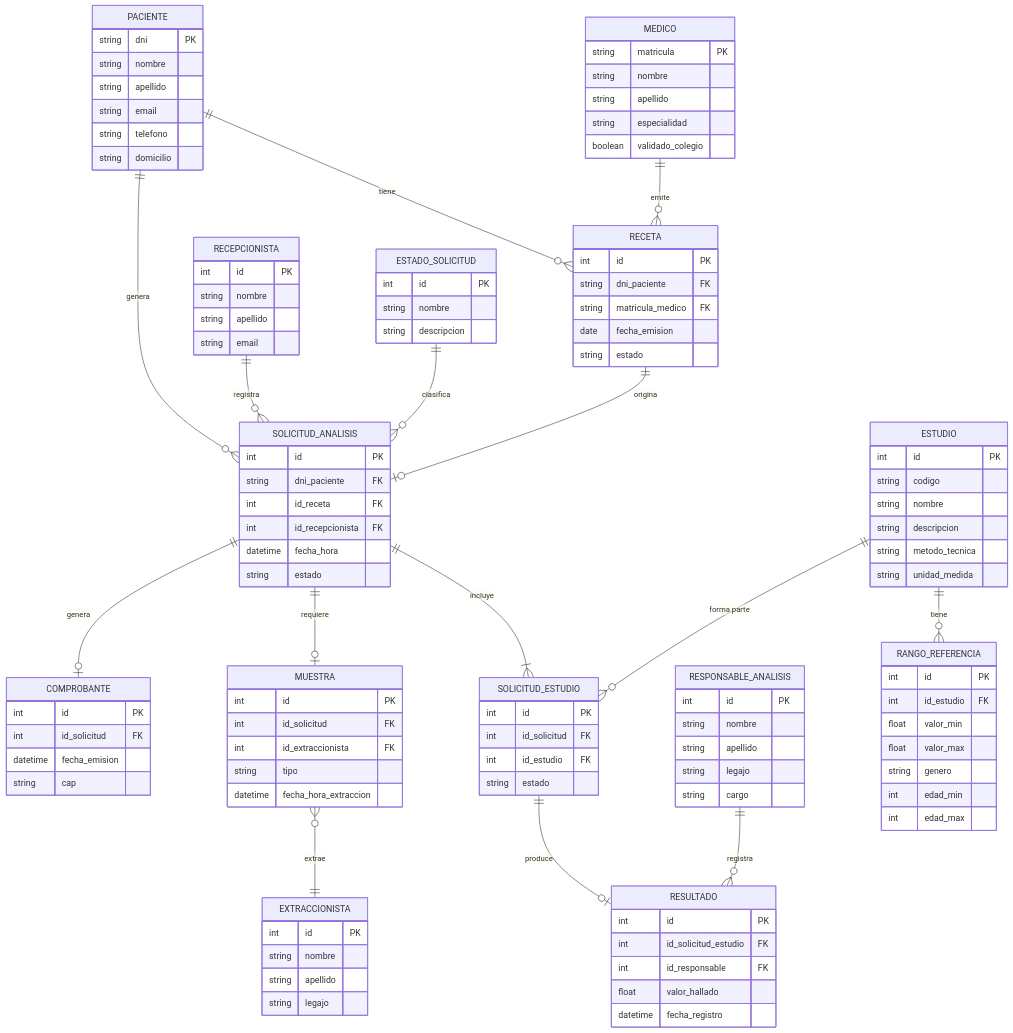
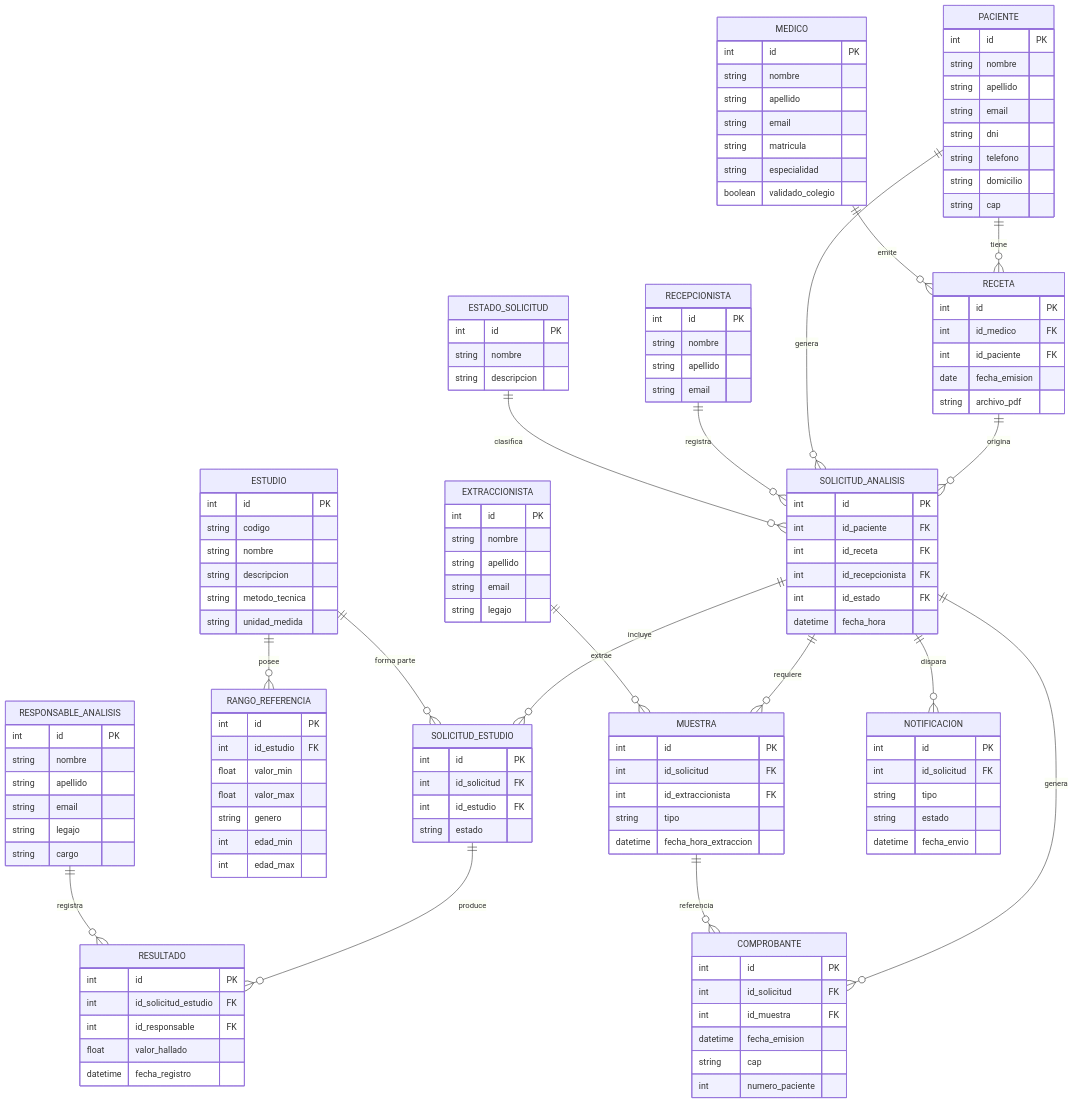
Before and after one commit to Villada-PG3/trabajo-practico-integrador-laboratorio_analisis_bioquimico: the diagram in docs/diagramaER.mmd, drawn with Mermaid. The commit also changed other lines of this file and 3 other files, not shown here.

Commit message:
feat: Creacion del models.py en relacion al diagramado er y de clases

```diff
--- a/docs/diagramaER.mmd
+++ b/docs/diagramaER.mmd
@@ -1,113 +1,130 @@
 erDiagram
     PACIENTE {
-        string dni PK
+        int id PK
         string nombre
         string apellido
         string email
+        string dni
         string telefono
         string domicilio
-    }
-    RECETA {
-        int id PK
-        string dni_paciente FK
-        string matricula_medico FK
-        date fecha_emision
-        string estado
+        string cap
     }
     MEDICO {
-        string matricula PK
+        int id PK
         string nombre
         string apellido
+        string email
+        string matricula
         string especialidad
         boolean validado_colegio
     }
     RECEPCIONISTA {
         int id PK
         string nombre
         string apellido
         string email
     }
-    SOLICITUD_ANALISIS {
+    EXTRACCIONISTA {
         int id PK
-        string dni_paciente FK
-        int id_receta FK
-        int id_recepcionista FK
-        datetime fecha_hora
-        string estado
+        string nombre
+        string apellido
+        string email
+        string legajo
     }
-    SOLICITUD_ESTUDIO {
+    RESPONSABLE_ANALISIS {
         int id PK
-        int id_solicitud FK
-        int id_estudio FK
-        string estado
+        string nombre
+        string apellido
+        string email
+        string legajo
+        string cargo
+    }
+    ESTADO_SOLICITUD {
+        int id PK
+        string nombre
+        string descripcion
     }
     ESTUDIO {
         int id PK
         string codigo
         string nombre
         string descripcion
         string metodo_tecnica
         string unidad_medida
     }
     RANGO_REFERENCIA {
         int id PK
         int id_estudio FK
         float valor_min
         float valor_max
         string genero
         int edad_min
         int edad_max
     }
+    RECETA {
+        int id PK
+        int id_medico FK
+        int id_paciente FK
+        date fecha_emision
+        string archivo_pdf
+    }
+    SOLICITUD_ANALISIS {
+        int id PK
+        int id_paciente FK
+        int id_receta FK
+        int id_recepcionista FK
+        int id_estado FK
+        datetime fecha_hora
+    }
+    SOLICITUD_ESTUDIO {
+        int id PK
+        int id_solicitud FK
+        int id_estudio FK
+        string estado
+    }
     MUESTRA {
         int id PK
         int id_solicitud FK
         int id_extraccionista FK
         string tipo
         datetime fecha_hora_extraccion
-    }
-    EXTRACCIONISTA {
-        int id PK
-        string nombre
-        string apellido
-        string legajo
     }
     RESULTADO {
         int id PK
         int id_solicitud_estudio FK
         int id_responsable FK
         float valor_hallado
         datetime fecha_registro
     }
-    RESPONSABLE_ANALISIS {
-        int id PK
-        string nombre
-        string apellido
-        string legajo
-        string cargo
-    }
     COMPROBANTE {
         int id PK
         int id_solicitud FK
+        int id_muestra FK
         datetime fecha_emision
         string cap
+        int numero_paciente
     }
-    ESTADO_SOLICITUD {
+    NOTIFICACION {
         int id PK
-        string nombre
-        string descripcion
+        int id_solicitud FK
+        string tipo
+        string estado
+        datetime fecha_envio
     }
 
-    ESTUDIO ||--o{ RANGO_REFERENCIA : "tiene"
-    SOLICITUD_ESTUDIO ||--o| RESULTADO : "produce"
-    SOLICITUD_ANALISIS ||--|{ SOLICITUD_ESTUDIO : "incluye"
-    MUESTRA o{--|| EXTRACCIONISTA : "extrae"
+    PACIENTE ||--o{ RECETA : "tiene"
     MEDICO ||--o{ RECETA : "emite"
-    RECETA ||--o| SOLICITUD_ANALISIS : "origina"
+    RECETA ||--o{ SOLICITUD_ANALISIS : "origina"
+    PACIENTE ||--o{ SOLICITUD_ANALISIS : "genera"
     RECEPCIONISTA ||--o{ SOLICITUD_ANALISIS : "registra"
-    SOLICITUD_ANALISIS ||--o| MUESTRA : "requiere"
-    SOLICITUD_ANALISIS ||--o| COMPROBANTE : "genera"
+    ESTADO_SOLICITUD ||--o{ SOLICITUD_ANALISIS : "clasifica"
+    SOLICITUD_ANALISIS ||--o{ SOLICITUD_ESTUDIO : "incluye"
+    ESTUDIO ||--o{ SOLICITUD_ESTUDIO : "forma parte"
+    ESTUDIO ||--o{ RANGO_REFERENCIA : "posee"
+    SOLICITUD_ANALISIS ||--o{ MUESTRA : "requiere"
+    EXTRACCIONISTA ||--o{ MUESTRA : "extrae"
+    SOLICITUD_ESTUDIO ||--o{ RESULTADO : "produce"
     RESPONSABLE_ANALISIS ||--o{ RESULTADO : "registra"
-    ESTADO_SOLICITUD ||--o{ SOLICITUD_ANALISIS : "clasifica"
-    PACIENTE ||--o{ RECETA : "tiene"
-    PACIENTE ||--o{ SOLICITUD_ANALISIS : "genera"
-    ESTUDIO ||--o{ SOLICITUD_ESTUDIO : "forma parte"
+    SOLICITUD_ANALISIS ||--o{ COMPROBANTE : "genera"
+    MUESTRA ||--o{ COMPROBANTE : "referencia"
+    SOLICITUD_ANALISIS ||--o{ NOTIFICACION : "dispara"
```
